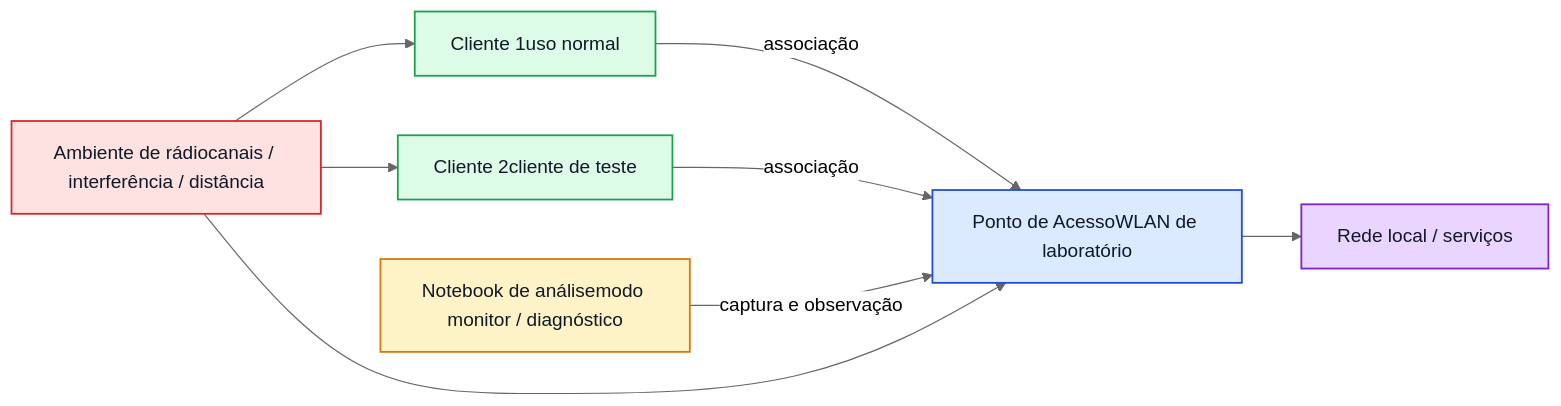
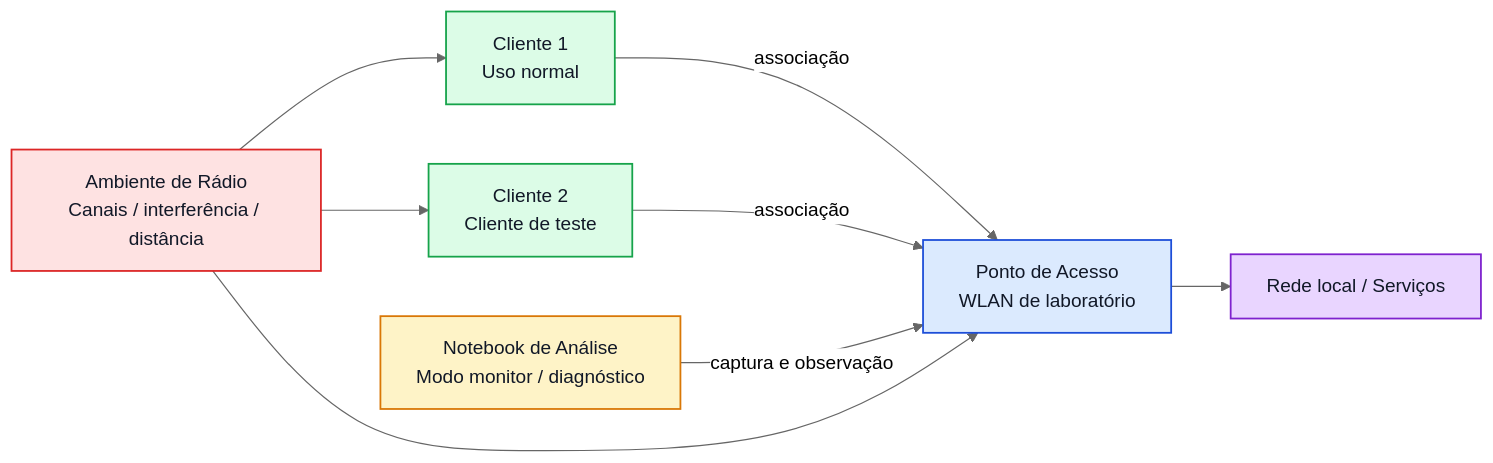
The diagram in lab/lab_wifi_4.md (peotta/lab-wifi), drawn with Mermaid (neutral theme) before and after one commit. The commit also changed other lines of this file and 4 other files, not shown here.

````diff
--- a/lab/lab_wifi_4.md
+++ b/lab/lab_wifi_4.md
@@ -85,29 +87,29 @@
 ```mermaid
 flowchart LR
-    AP["Ponto de AcessoWLAN de laboratório"]
-    C1["Cliente 1uso normal"]
-    C2["Cliente 2cliente de teste"]
-    MON["Notebook de análisemodo monitor / diagnóstico"]
-    LAN["Rede local / serviços"]
-    OBS["Ambiente de rádiocanais / interferência / distância"]
+    AP["Ponto de Acesso<br/>WLAN de laboratório"]
+    C1["Cliente 1<br/>Uso normal"]
+    C2["Cliente 2<br/>Cliente de teste"]
+    MON["Notebook de Análise<br/>Modo monitor / diagnóstico"]
+    LAN["Rede local / Serviços"]
+    OBS["Ambiente de Rádio<br/>Canais / interferência / distância"]
 
     C1 -->|associação| AP
     C2 -->|associação| AP
     AP --> LAN
     MON -->|captura e observação| AP
     OBS --> AP
     OBS --> C1
     OBS --> C2
 
     classDef ap fill:#dbeafe,stroke:#1d4ed8,color:#111827,stroke-width:1.5px;
     classDef cli fill:#dcfce7,stroke:#16a34a,color:#111827,stroke-width:1.5px;
     classDef mon fill:#fef3c7,stroke:#d97706,color:#111827,stroke-width:1.5px;
     classDef lan fill:#e9d5ff,stroke:#7e22ce,color:#111827,stroke-width:1.5px;
     classDef obs fill:#fee2e2,stroke:#dc2626,color:#111827,stroke-width:1.5px;
 
     class AP ap;
     class C1,C2 cli;
     class MON mon;
     class LAN lan;
     class OBS obs;
 ```
````
